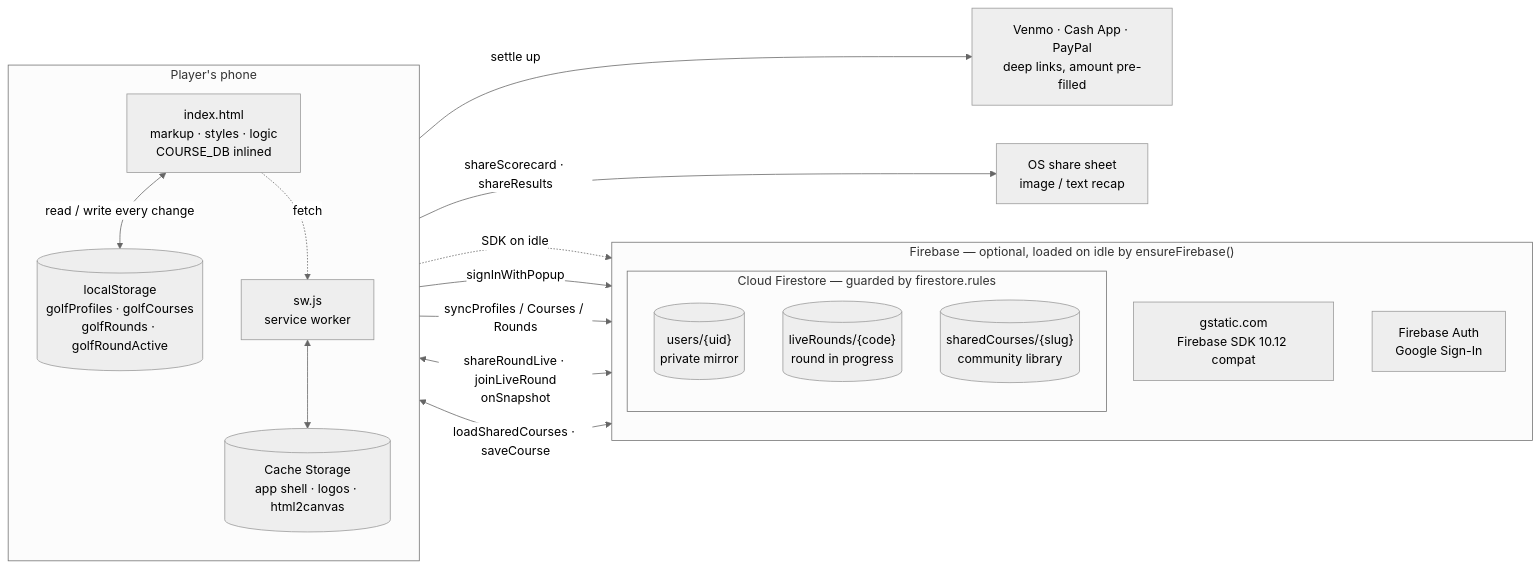
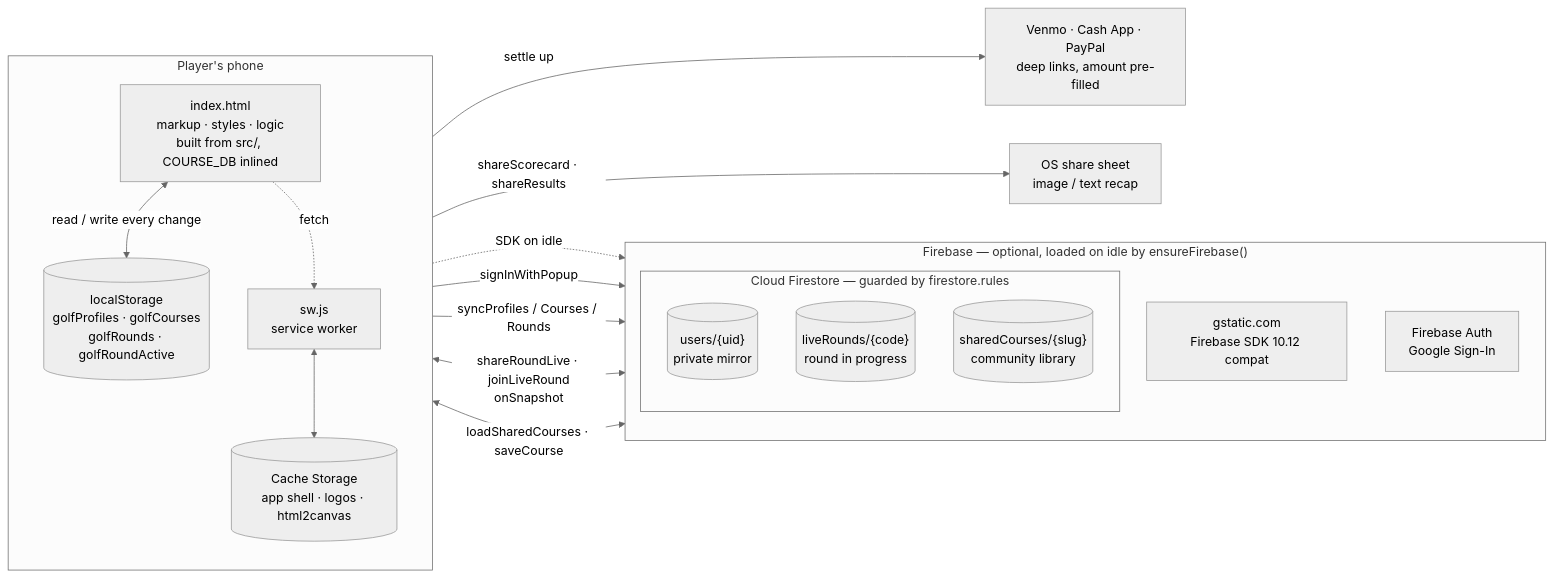
One commit to ndipasquale10/thepress changed the first of 4 diagrams in docs/architecture.md. Above: the diagram before and after it, drawn with Mermaid (neutral theme). The commit also changed other lines of this file and 40 other files, not shown here.

First line of the commit message:
Keep readable source in src/ and build index.html from it (#114)

````diff
--- a/docs/architecture.md
+++ b/docs/architecture.md
@@ -9,35 +9,35 @@
 ```mermaid
 flowchart LR
   subgraph Device["Player's phone"]
     direction TB
-    UI["index.html<br/>markup · styles · logic<br/>COURSE_DB inlined"]
+    UI["index.html<br/>markup · styles · logic<br/>built from src/, COURSE_DB inlined"]
     SW["sw.js<br/>service worker"]
     Cache[("Cache Storage<br/>app shell · logos · html2canvas")]
     LS[("localStorage<br/>golfProfiles · golfCourses<br/>golfRounds · golfRoundActive")]
     UI <-->|"read / write every change"| LS
     SW <--> Cache
     UI -. "fetch" .-> SW
   end
 
   subgraph Google["Firebase — optional, loaded on idle by ensureFirebase()"]
     direction TB
     CDN["gstatic.com<br/>Firebase SDK 10.12 compat"]
     Auth["Firebase Auth<br/>Google Sign-In"]
     subgraph FS["Cloud Firestore — guarded by firestore.rules"]
       Users[("users/{uid}<br/>private mirror")]
       Live[("liveRounds/{code}<br/>round in progress")]
       Shared[("sharedCourses/{slug}<br/>community library")]
     end
   end
 
   Pay["Venmo · Cash App · PayPal<br/>deep links, amount pre-filled"]
   OS["OS share sheet<br/>image / text recap"]
 
   UI -. "SDK on idle" .-> CDN
   UI -->|"signInWithPopup"| Auth
   UI -->|"syncProfiles / Courses / Rounds"| Users
   UI <-->|"shareRoundLive · joinLiveRound<br/>onSnapshot"| Live
   UI <-->|"loadSharedCourses · saveCourse"| Shared
   UI -->|"settle up"| Pay
   UI -->|"shareScorecard · shareResults"| OS
 ```
````
